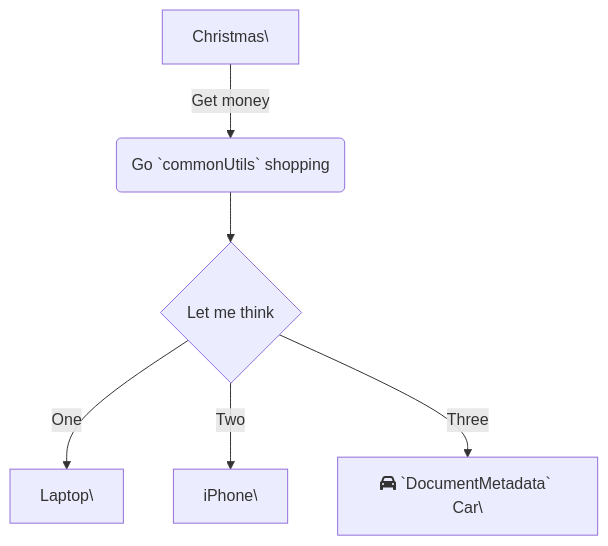
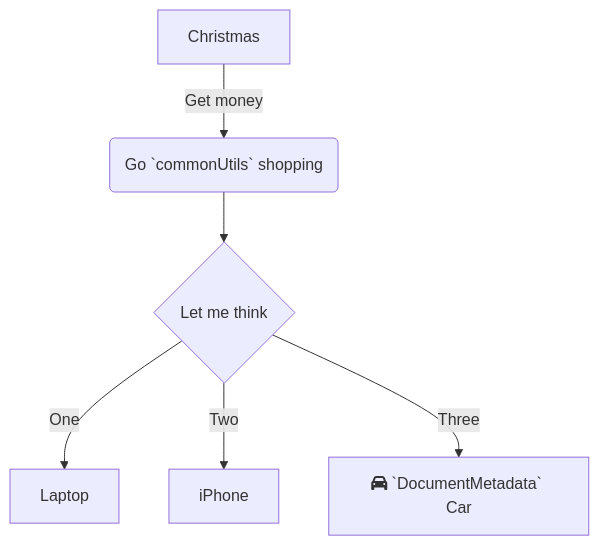
One commit to idoganzer/UTestEx changed the second of 2 diagrams in .swm/mermaid.md. Above: the diagram before and after it, drawn with Mermaid.

````diff
--- a/.swm/mermaid.md
+++ b/.swm/mermaid.md
@@ -21,8 +21,8 @@
 ```mermaid
 graph TD
-A\[Christmas\] -->|Get money| B(Go `commonUtils` shopping)
+A[Christmas] -->|Get money| B(Go `commonUtils` shopping)
 B --> C{Let me think}
-C -->|One| D\[Laptop\]
-C -->|Two| E\[iPhone\]
-C -->|Three| F\[fa:fa-car `DocumentMetadata` Car\]
+C -->|One| D[Laptop]
+C -->|Two| E[iPhone]
+C -->|Three| F[fa:fa-car `DocumentMetadata` Car]
 ```
````
